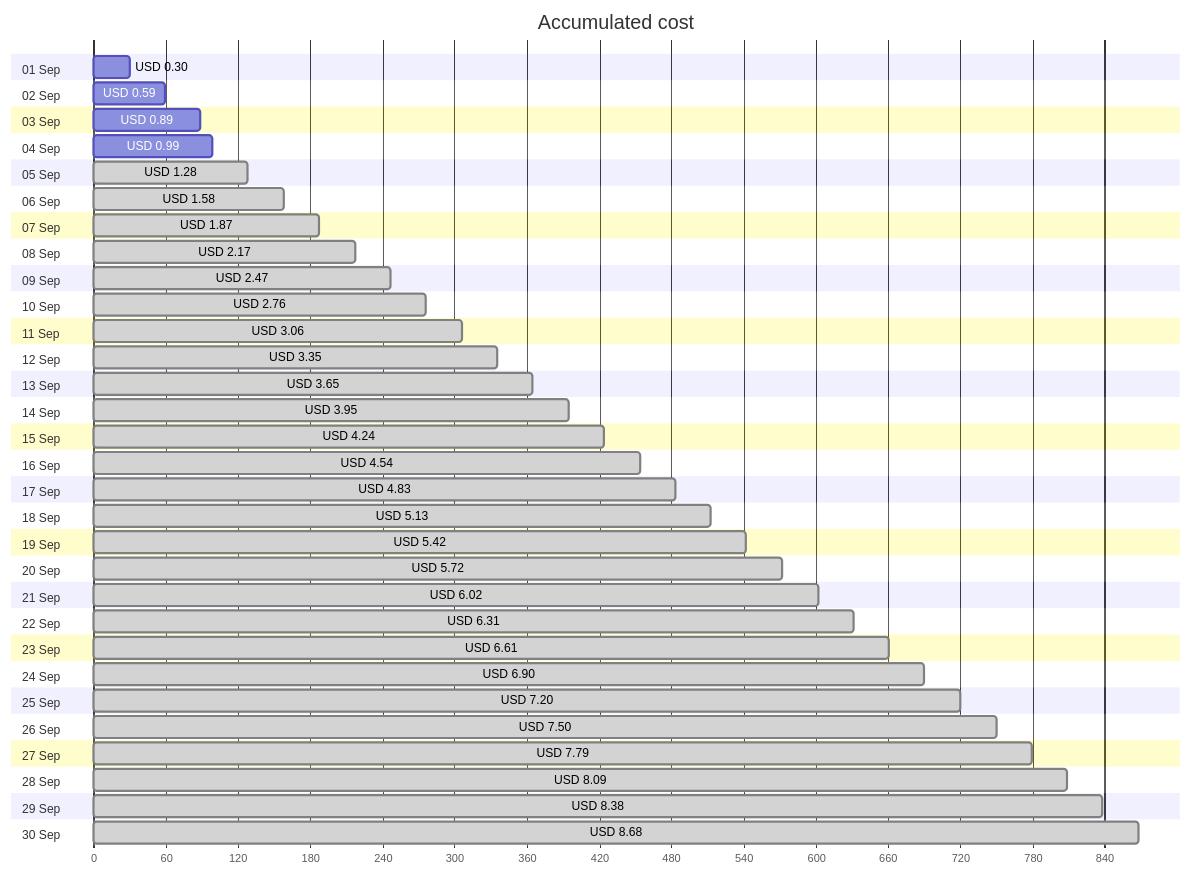
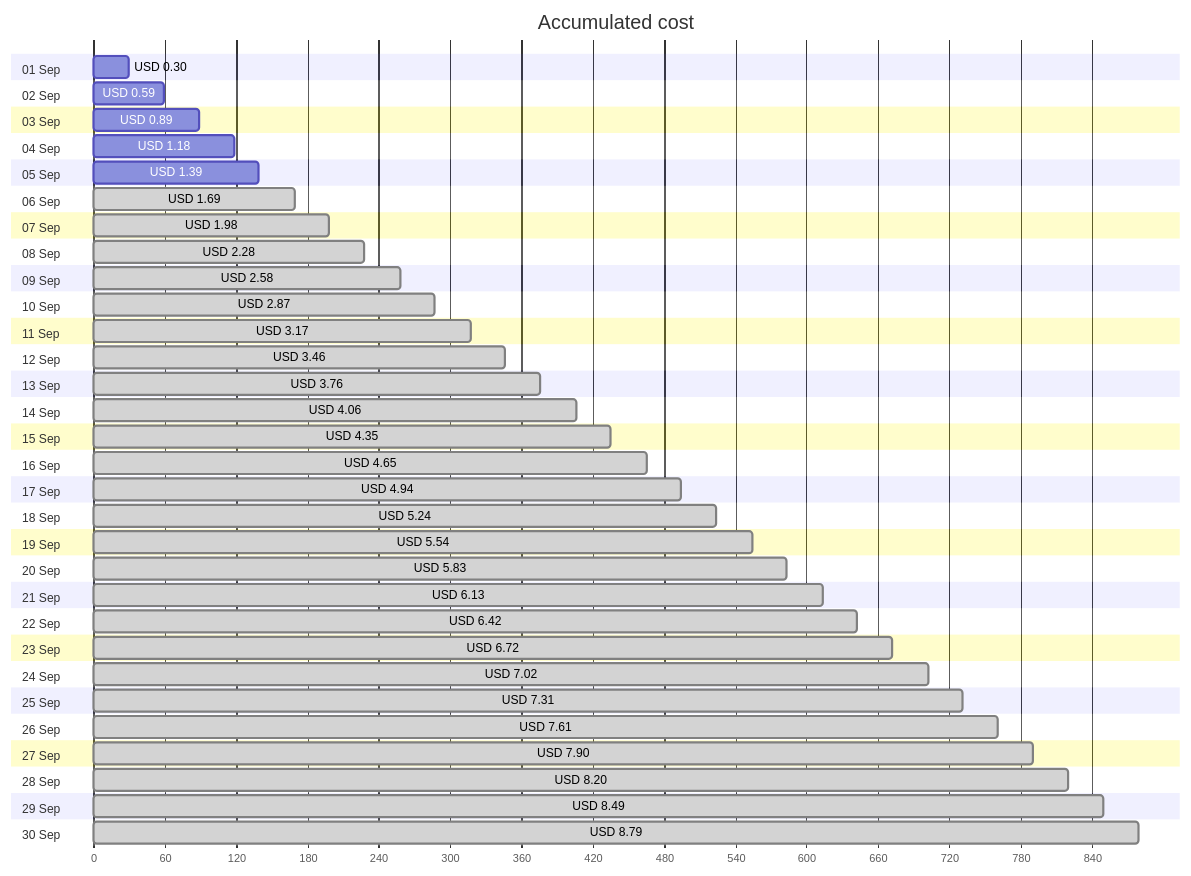
One commit to jpfulton/azure-personal-reports changed the first of 4 diagrams in cost-reports/personal-site/personal-site-preview.md. Above: the diagram before and after it, drawn with Mermaid. The commit also changed other lines of this file and 6 other files, not shown here.

````diff
--- a/cost-reports/personal-site/personal-site-preview.md
+++ b/cost-reports/personal-site/personal-site-preview.md
@@ -20,66 +20,66 @@
 ```mermaid
 gantt
    title Accumulated cost
    dateFormat  X
    axisFormat %s
    section 01 Sep
    USD 0.30 :0, 30
    section 02 Sep
    USD 0.59 :0, 59
    section 03 Sep
    USD 0.89 :0, 89
    section 04 Sep
-   USD 0.99 :0, 99
+   USD 1.18 :0, 118
    section 05 Sep
-   USD 1.28 : done, 0, 128
+   USD 1.39 :0, 139
    section 06 Sep
-   USD 1.58 : done, 0, 158
+   USD 1.69 : done, 0, 169
    section 07 Sep
-   USD 1.87 : done, 0, 187
+   USD 1.98 : done, 0, 198
    section 08 Sep
-   USD 2.17 : done, 0, 217
+   USD 2.28 : done, 0, 228
    section 09 Sep
-   USD 2.47 : done, 0, 247
+   USD 2.58 : done, 0, 258
    section 10 Sep
-   USD 2.76 : done, 0, 276
+   USD 2.87 : done, 0, 287
    section 11 Sep
-   USD 3.06 : done, 0, 306
+   USD 3.17 : done, 0, 317
    section 12 Sep
-   USD 3.35 : done, 0, 335
+   USD 3.46 : done, 0, 346
    section 13 Sep
-   USD 3.65 : done, 0, 365
+   USD 3.76 : done, 0, 376
    section 14 Sep
-   USD 3.95 : done, 0, 395
+   USD 4.06 : done, 0, 406
    section 15 Sep
-   USD 4.24 : done, 0, 424
+   USD 4.35 : done, 0, 435
    section 16 Sep
-   USD 4.54 : done, 0, 454
+   USD 4.65 : done, 0, 465
    section 17 Sep
-   USD 4.83 : done, 0, 483
+   USD 4.94 : done, 0, 494
    section 18 Sep
-   USD 5.13 : done, 0, 513
+   USD 5.24 : done, 0, 524
    section 19 Sep
-   USD 5.42 : done, 0, 542
+   USD 5.54 : done, 0, 554
    section 20 Sep
-   USD 5.72 : done, 0, 572
+   USD 5.83 : done, 0, 583
    section 21 Sep
-   USD 6.02 : done, 0, 602
+   USD 6.13 : done, 0, 613
    section 22 Sep
-   USD 6.31 : done, 0, 631
+   USD 6.42 : done, 0, 642
    section 23 Sep
-   USD 6.61 : done, 0, 661
+   USD 6.72 : done, 0, 672
    section 24 Sep
-   USD 6.90 : done, 0, 690
+   USD 7.02 : done, 0, 702
    section 25 Sep
-   USD 7.20 : done, 0, 720
+   USD 7.31 : done, 0, 731
    section 26 Sep
-   USD 7.50 : done, 0, 750
+   USD 7.61 : done, 0, 761
    section 27 Sep
-   USD 7.79 : done, 0, 779
+   USD 7.90 : done, 0, 790
    section 28 Sep
-   USD 8.09 : done, 0, 809
+   USD 8.20 : done, 0, 820
    section 29 Sep
-   USD 8.38 : done, 0, 838
+   USD 8.49 : done, 0, 849
    section 30 Sep
-   USD 8.68 : done, 0, 868
+   USD 8.79 : done, 0, 879
 ```
````
